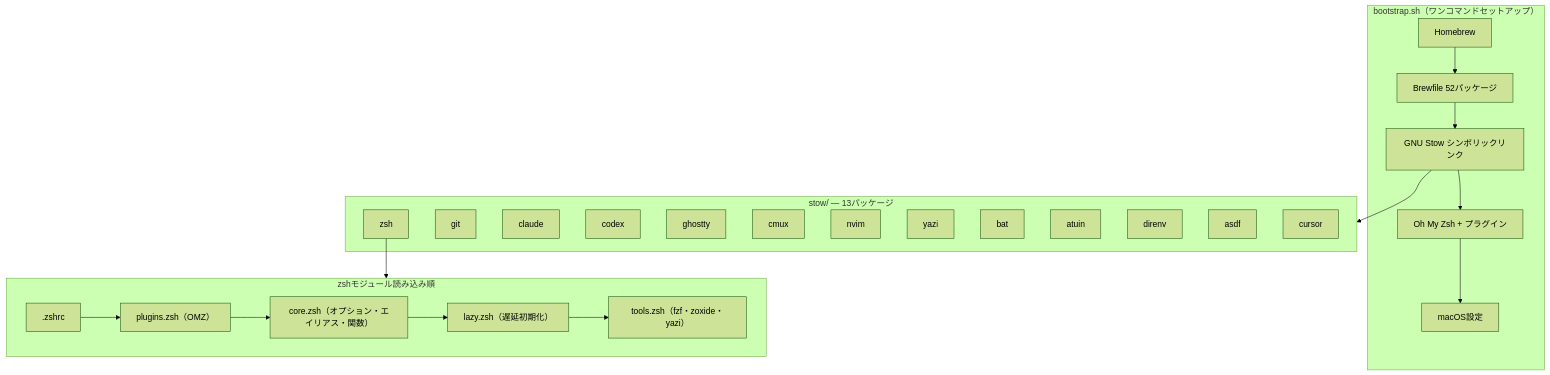
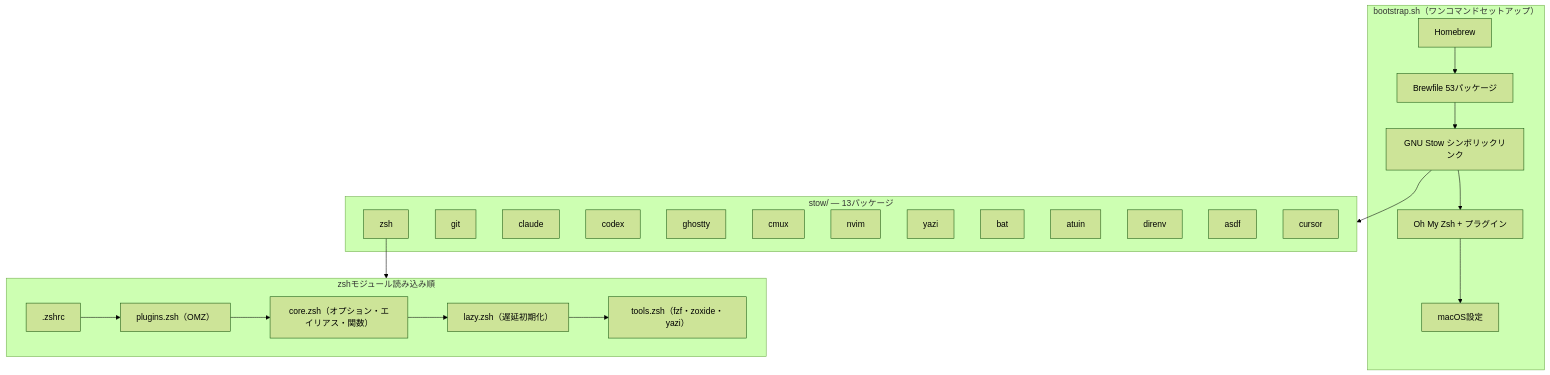
Before and after one commit to otake-shol/dotfiles: the diagram in README.md, drawn with Mermaid (forest theme). The commit also changed 1 other file, not shown here.

Commit message:
feat(brew): Elgato Stream Deck アプリを Brewfile に追加
新 PC で Stream Deck ハードウェアを即利用できるよう cask を追加。
プロファイルはランタイムで書き換わるバイナリ状態のため dotfiles 管理外。

````diff
--- a/README.md
+++ b/README.md
@@ -96,36 +96,36 @@
 ```mermaid
 graph TB
     subgraph bootstrap["bootstrap.sh（ワンコマンドセットアップ）"]
         B1[Homebrew]
-        B1 --> B2[Brewfile 52パッケージ]
+        B1 --> B2[Brewfile 53パッケージ]
         B2 --> B3[GNU Stow シンボリックリンク]
         B3 --> B4[Oh My Zsh + プラグイン]
         B4 --> B5[macOS設定]
     end
 
     subgraph stow["stow/ — 13パッケージ"]
         S1[zsh]
         S2[git]
         S3[claude]
         S4[codex]
         S5[ghostty]
         S6[cmux]
         S7[nvim]
         S8[yazi]
         S9[bat]
         S10[atuin]
         S11[direnv]
         S12[asdf]
         S13[cursor]
     end
 
     subgraph shell["zshモジュール読み込み順"]
         Z1[".zshrc"] --> Z2["plugins.zsh（OMZ）"]
         Z2 --> Z3["core.zsh（オプション・エイリアス・関数）"]
         Z3 --> Z4["lazy.zsh（遅延初期化）"]
         Z4 --> Z5["tools.zsh（fzf・zoxide・yazi）"]
     end
 
     B3 --> stow
     S1 --> shell
 ```
````
